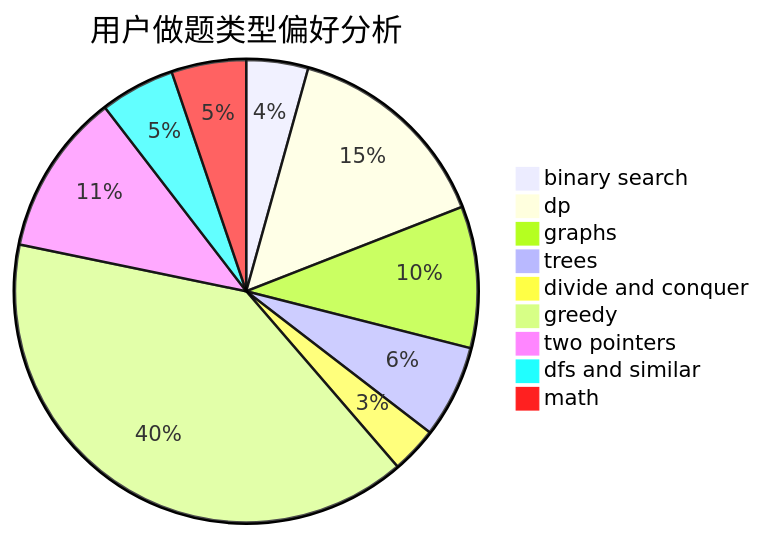
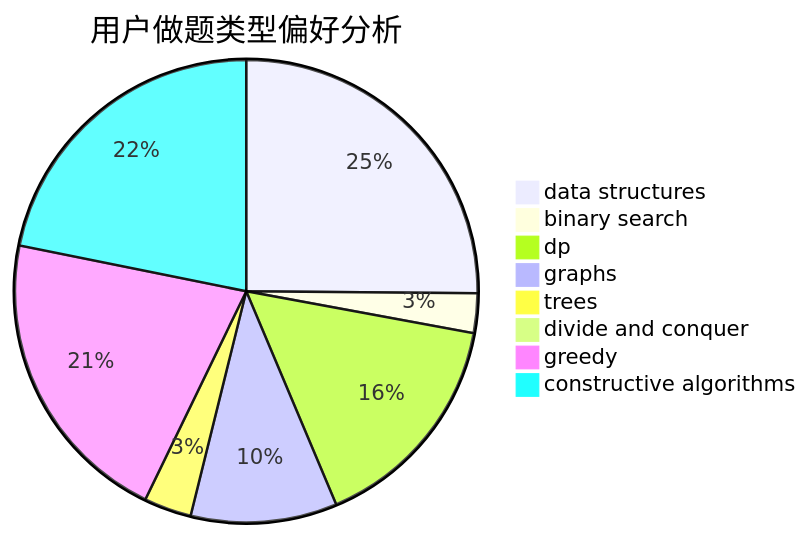
The second of 3 diagrams in docs/user/u404.md (sherpahu/cfrs.github.io), drawn with Mermaid before and after one commit. The commit also changed other lines of this file and 2775 other files, not shown here.

````diff
--- a/docs/user/u404.md
+++ b/docs/user/u404.md
@@ -23,12 +23,11 @@
 ```mermaid
 pie title 用户做题类型偏好分析
-    "binary search" :  24
-    "dp" :  82
-    "graphs" :  55
-    "trees" :  36
-    "divide and conquer" :  18
-    "greedy" :  220
-    "two pointers" :  63
-    "dfs and similar" :  29
-    "math" :  29
+    "data structures" :  91
+    "binary search" :  10
+    "dp" :  57
+    "graphs" :  37
+    "trees" :  12
+    "divide and conquer" :  0
+    "greedy" :  76
+    "constructive algorithms" :  79
 ```
````
